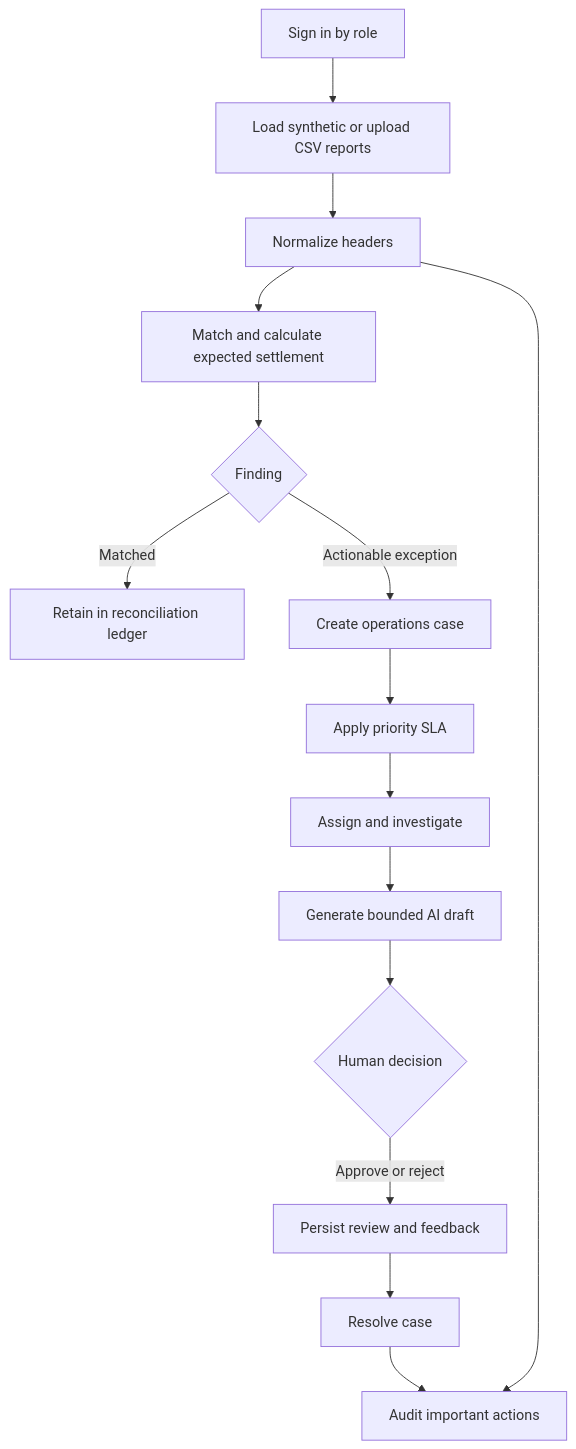
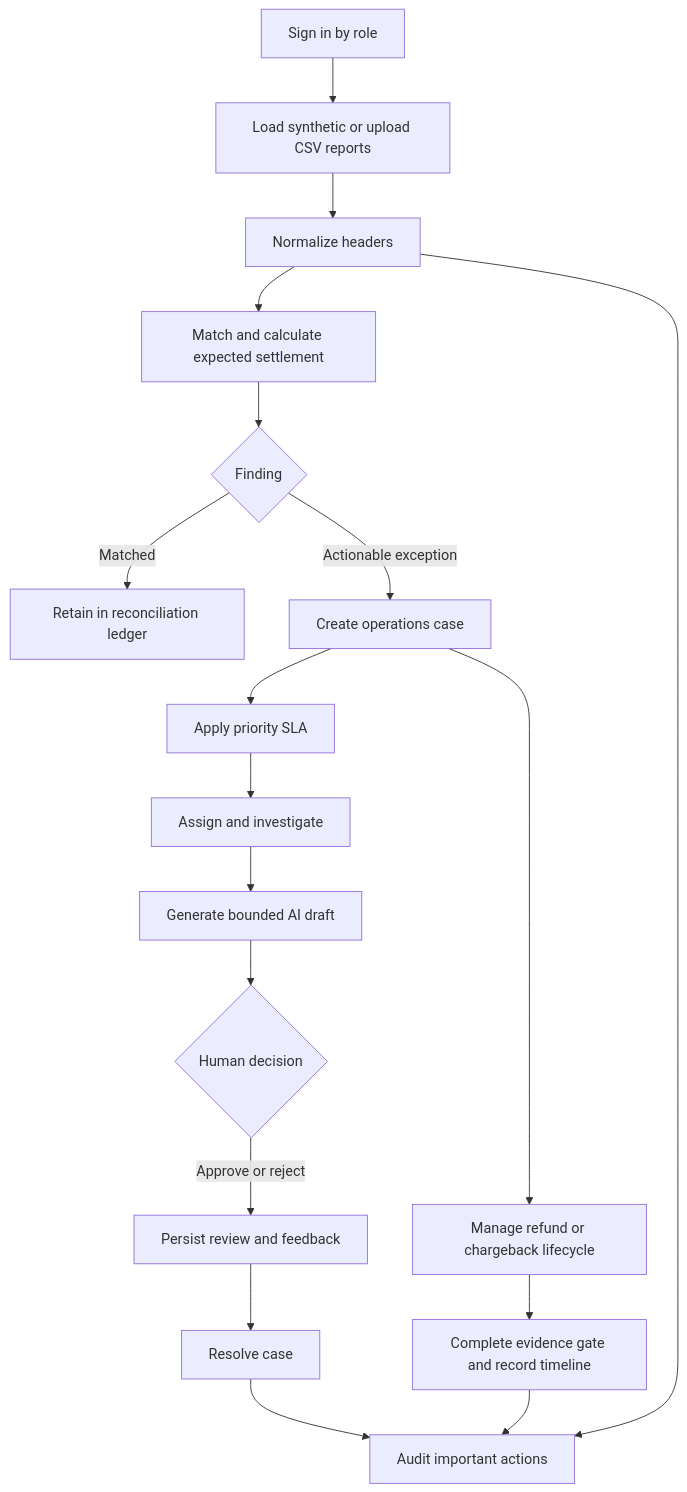
The diagram in docs/portfolio/PRODUCT-CASE-STUDY.md (himanisharrma/payops-copilot), drawn with Mermaid before and after one commit. The commit also changed other lines of this file and 15 other files, not shown here.

````diff
--- a/docs/portfolio/PRODUCT-CASE-STUDY.md
+++ b/docs/portfolio/PRODUCT-CASE-STUDY.md
@@ -60,17 +60,20 @@
 ```mermaid
 flowchart TD
     A[Sign in by role] --> B[Load synthetic or upload CSV reports]
     B --> C[Normalize headers]
     C --> D[Match and calculate expected settlement]
     D --> E{Finding}
     E -->|Matched| F[Retain in reconciliation ledger]
     E -->|Actionable exception| G[Create operations case]
     G --> H[Apply priority SLA]
     H --> I[Assign and investigate]
     I --> J[Generate bounded AI draft]
     J --> K{Human decision}
     K -->|Approve or reject| L[Persist review and feedback]
     L --> M[Resolve case]
+    G --> O[Manage refund or chargeback lifecycle]
+    O --> P[Complete evidence gate and record timeline]
     C --> N[Audit important actions]
     M --> N
+    P --> N
 ```
````
